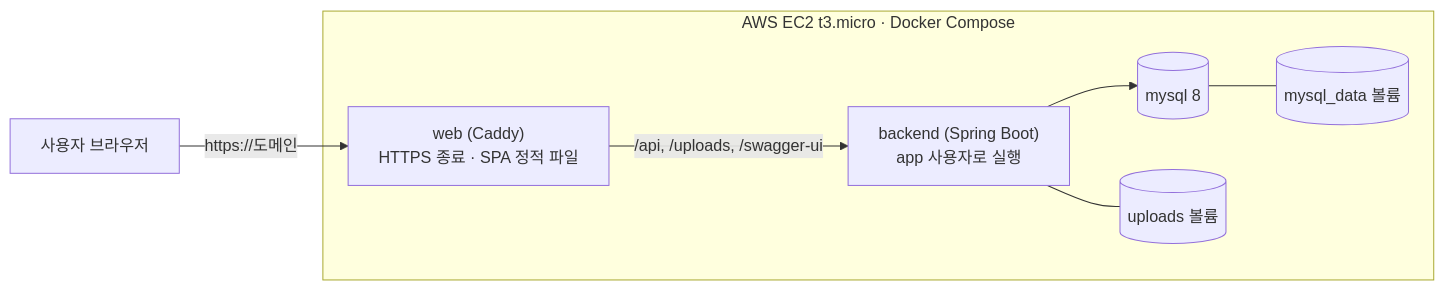
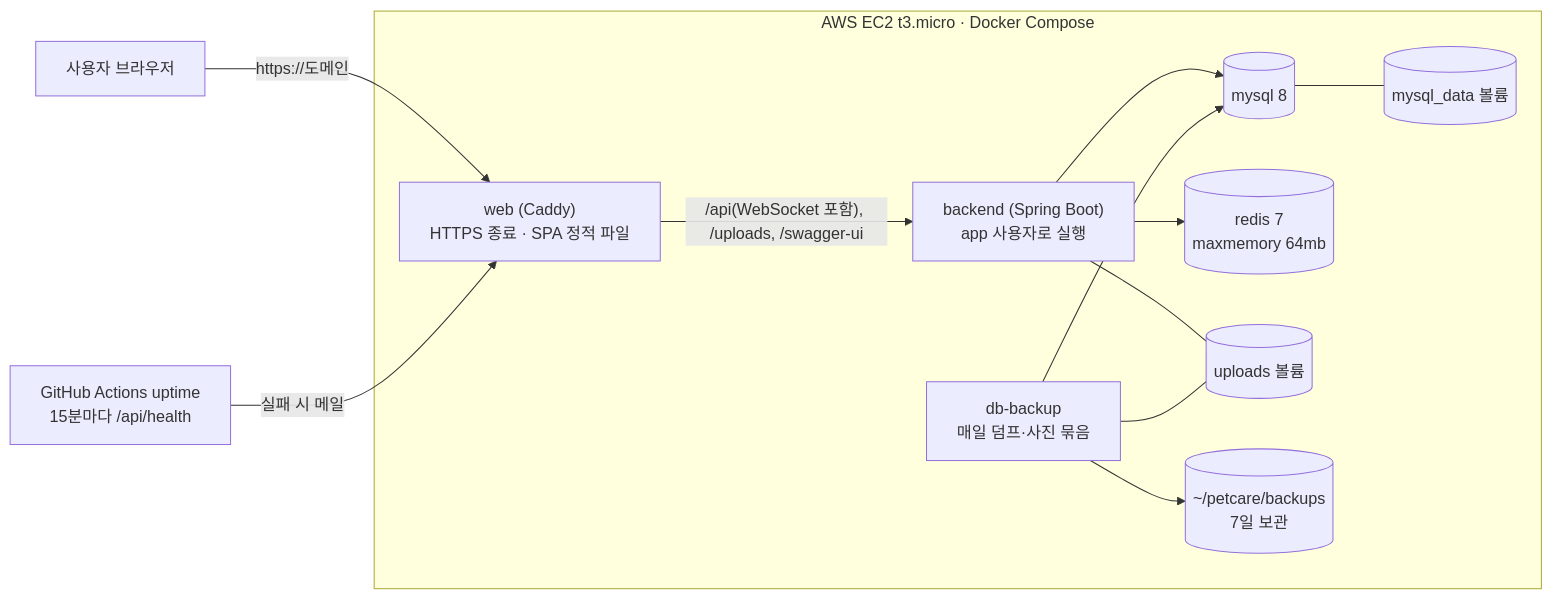
The fourth of 5 diagrams in README.md (CodeVins/PetCare-System), drawn with Mermaid before and after one commit. The commit also changed other lines of this file and 1 other file, not shown here.

Commit message:
docs: README·CLAUDE.md에 Redis·WebSocket·10/05 기능·운영 기반 반영

````diff
--- a/README.md
+++ b/README.md
@@ -583,18 +635,27 @@
 ```mermaid
 flowchart LR
     U["사용자 브라우저"]
 
     subgraph EC2["AWS EC2 t3.micro · Docker Compose"]
         W["web (Caddy)<br/>HTTPS 종료 · SPA 정적 파일"]
         B["backend (Spring Boot)<br/>app 사용자로 실행"]
         M[("mysql 8")]
+        RD[("redis 7<br/>maxmemory 64mb")]
+        BK["db-backup<br/>매일 덤프·사진 묶음"]
         V1[("uploads 볼륨")]
         V2[("mysql_data 볼륨")]
+        V3[("~/petcare/backups<br/>7일 보관")]
     end
+    GH["GitHub Actions uptime<br/>15분마다 /api/health"]
 
     U -->|"https://도메인"| W
-    W -->|"/api, /uploads, /swagger-ui"| B
+    W -->|"/api(WebSocket 포함), /uploads, /swagger-ui"| B
     B --> M
+    B --> RD
     B --- V1
     M --- V2
+    BK --> M
+    BK --- V1
+    BK --> V3
+    GH -->|"실패 시 메일"| W
 ```
````
